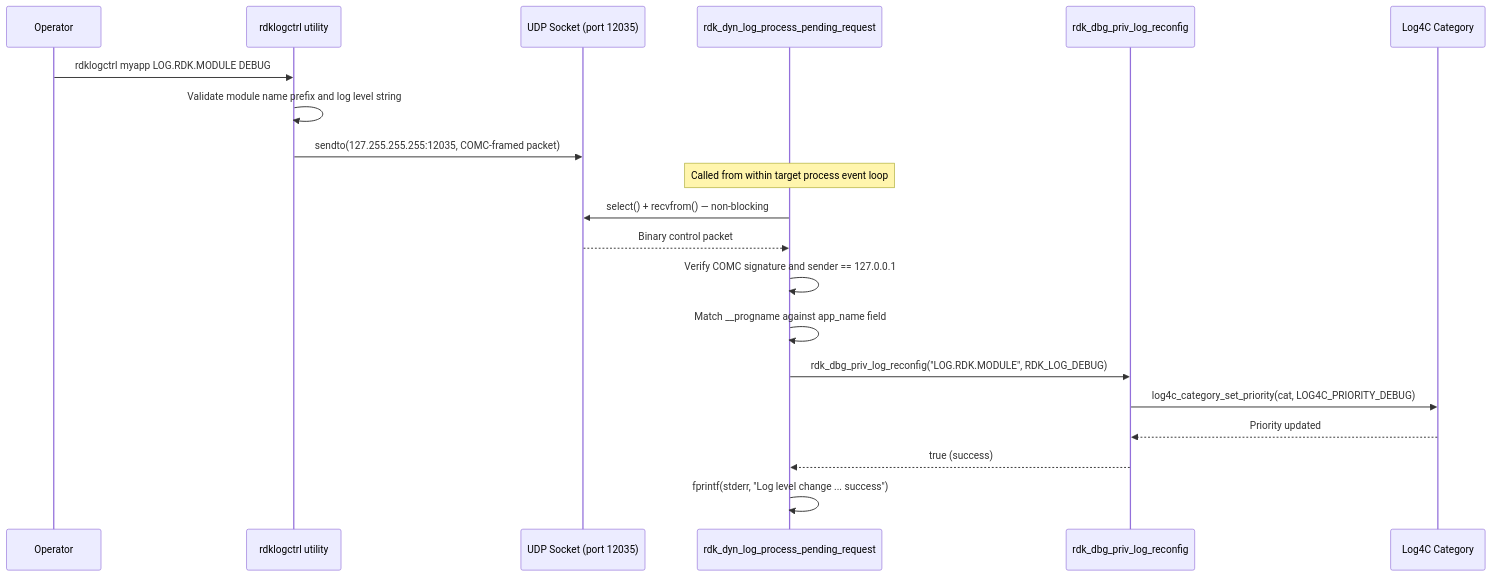
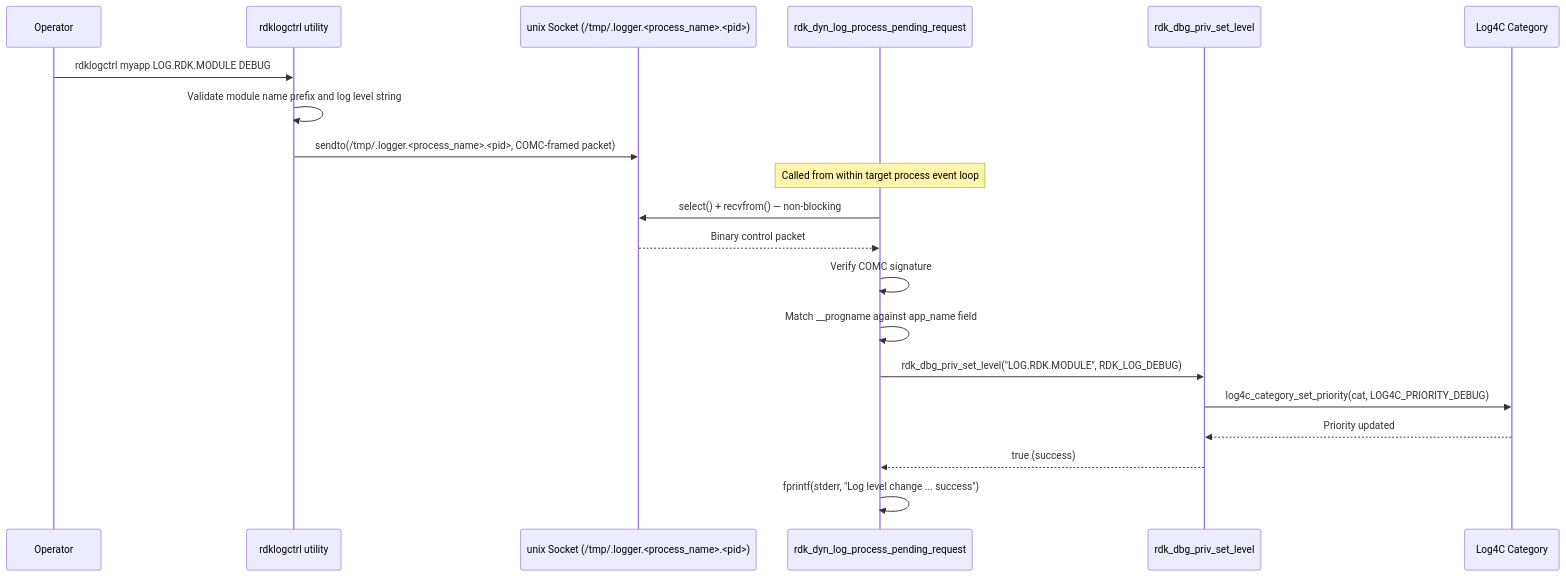
One commit to rdkcentral/rdk_logger changed the sixth of 8 diagrams in docs/README.md. Above: the diagram before and after it, drawn with Mermaid. The commit also changed other lines of this file and 12 other files, not shown here.

First line of the commit message:
RDKEMW-24390: Mitigate Mythos Findings in RDK Logger (#64)

````diff
--- a/docs/README.md
+++ b/docs/README.md
@@ -271,23 +271,23 @@
 ```mermaid
 sequenceDiagram
     participant Admin as Operator
     participant Ctrl as rdklogctrl utility
-    participant UDP as UDP Socket (port 12035)
+    participant Socket as unix Socket (/tmp/.logger.<process_name>.<pid>)
     participant Listener as rdk_dyn_log_process_pending_request
-    participant Reconfig as rdk_dbg_priv_log_reconfig
+    participant Reconfig as rdk_dbg_priv_set_level
     participant Log4C as Log4C Category
 
     Admin->>Ctrl: rdklogctrl myapp LOG.RDK.MODULE DEBUG
     Ctrl->>Ctrl: Validate module name prefix and log level string
-    Ctrl->>UDP: sendto(127.255.255.255:12035, COMC-framed packet)
+    Ctrl->>Socket: sendto(/tmp/.logger.<process_name>.<pid>, COMC-framed packet)
     Note over Listener: Called from within target process event loop
-    Listener->>UDP: select() + recvfrom() — non-blocking
-    UDP-->>Listener: Binary control packet
-    Listener->>Listener: Verify COMC signature and sender == 127.0.0.1
+    Listener->>Socket: select() + recvfrom() — non-blocking
+    Socket-->>Listener: Binary control packet
+    Listener->>Listener: Verify COMC signature
     Listener->>Listener: Match __progname against app_name field
-    Listener->>Reconfig: rdk_dbg_priv_log_reconfig("LOG.RDK.MODULE", RDK_LOG_DEBUG)
+    Listener->>Reconfig: rdk_dbg_priv_set_level("LOG.RDK.MODULE", RDK_LOG_DEBUG)
     Reconfig->>Log4C: log4c_category_set_priority(cat, LOG4C_PRIORITY_DEBUG)
     Log4C-->>Reconfig: Priority updated
     Reconfig-->>Listener: true (success)
     Listener->>Listener: fprintf(stderr, "Log level change ... success")
 ```
````
